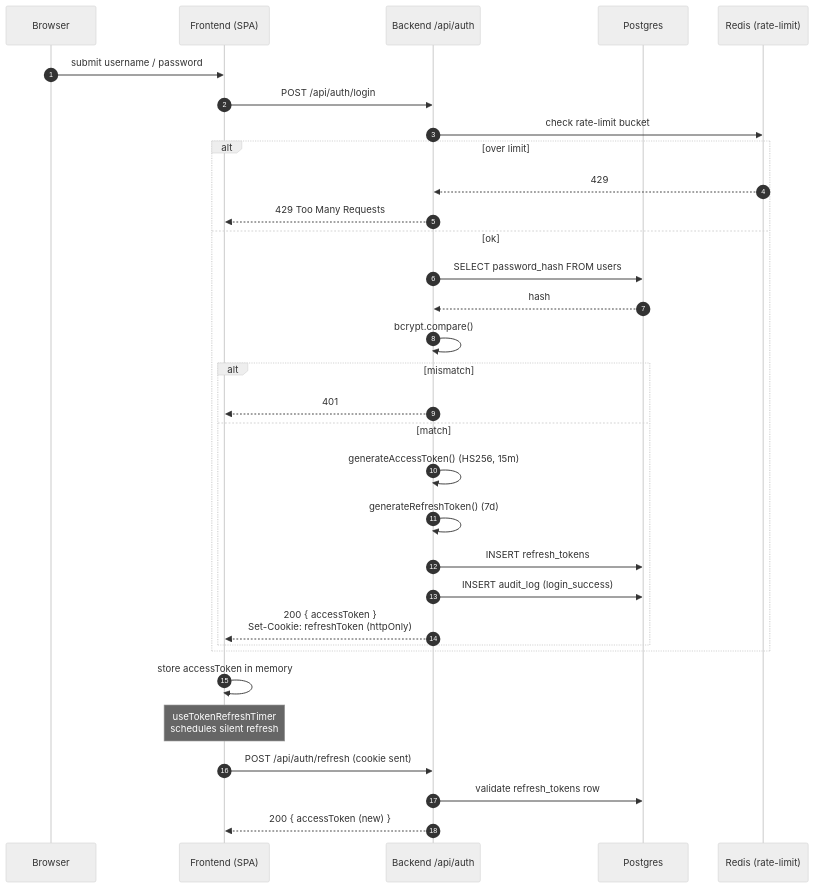
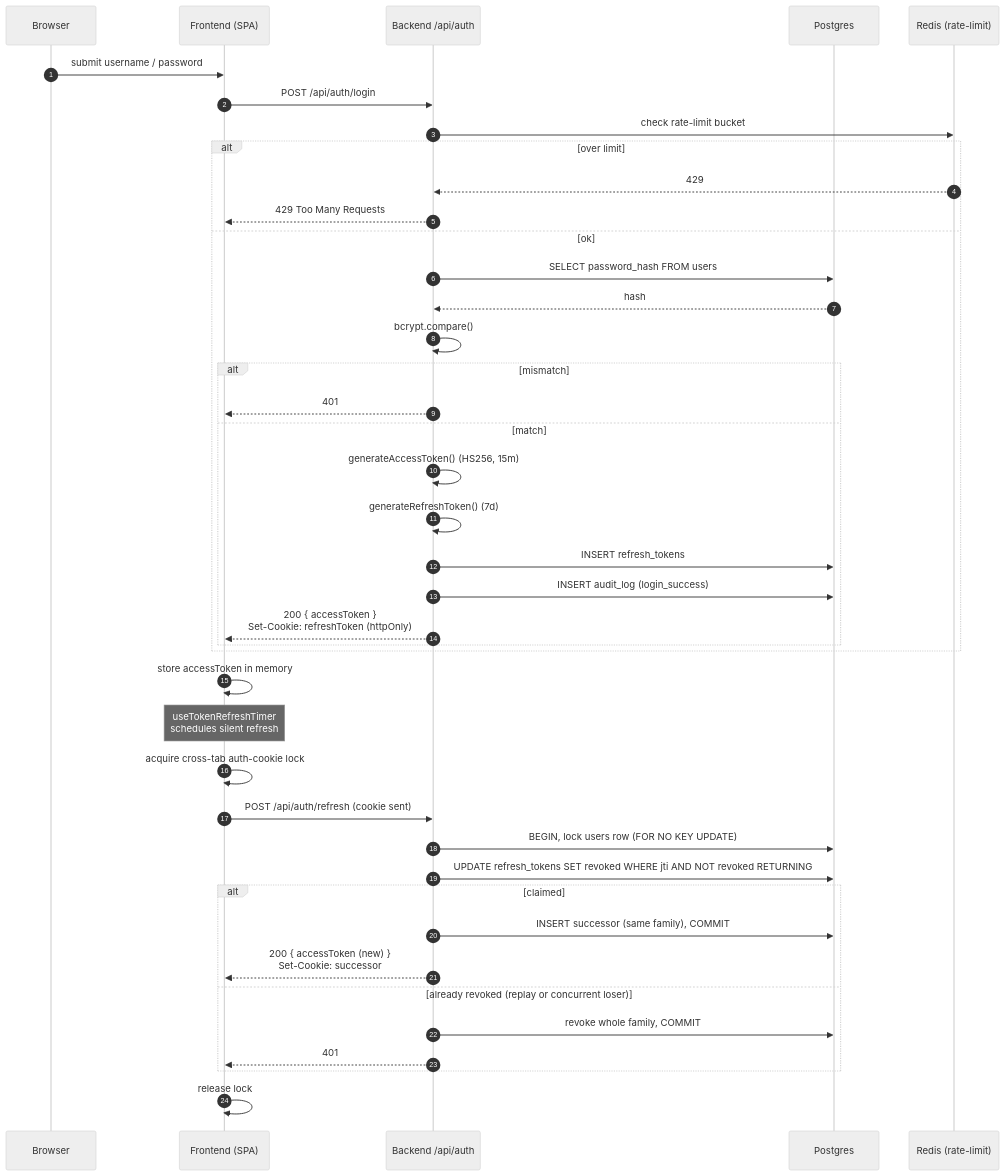
Before and after one commit to Compendiq/compendiq-ce: the first of 4 diagrams in docs/architecture/07-flow-auth.md, drawn with Mermaid (neutral theme). The commit also changed other lines of this file and 3 other files, not shown here.

Commit message:
docs(auth): document single-use rotation and cross-tab cookie lock

````diff
--- a/docs/architecture/07-flow-auth.md
+++ b/docs/architecture/07-flow-auth.md
@@ -11,36 +11,45 @@
 ```mermaid
 sequenceDiagram
     autonumber
     participant B as Browser
     participant FE as Frontend (SPA)
     participant BE as Backend /api/auth
     participant DB as Postgres
     participant RL as Redis (rate-limit)
 
     B->>FE: submit username / password
     FE->>BE: POST /api/auth/login
     BE->>RL: check rate-limit bucket
     alt over limit
         RL-->>BE: 429
         BE-->>FE: 429 Too Many Requests
     else ok
         BE->>DB: SELECT password_hash FROM users
         DB-->>BE: hash
         BE->>BE: bcrypt.compare()
         alt mismatch
             BE-->>FE: 401
         else match
             BE->>BE: generateAccessToken() (HS256, 15m)
             BE->>BE: generateRefreshToken() (7d)
             BE->>DB: INSERT refresh_tokens
             BE->>DB: INSERT audit_log (login_success)
             BE-->>FE: 200 { accessToken }<br/>Set-Cookie: refreshToken (httpOnly)
         end
     end
 
     FE->>FE: store accessToken in memory
     Note over FE: useTokenRefreshTimer<br/>schedules silent refresh
+    FE->>FE: acquire cross-tab auth-cookie lock
     FE->>BE: POST /api/auth/refresh (cookie sent)
-    BE->>DB: validate refresh_tokens row
-    BE-->>FE: 200 { accessToken (new) }
+    BE->>DB: BEGIN, lock users row (FOR NO KEY UPDATE)
+    BE->>DB: UPDATE refresh_tokens SET revoked WHERE jti AND NOT revoked RETURNING
+    alt claimed
+        BE->>DB: INSERT successor (same family), COMMIT
+        BE-->>FE: 200 { accessToken (new) }<br/>Set-Cookie: successor
+    else already revoked (replay or concurrent loser)
+        BE->>DB: revoke whole family, COMMIT
+        BE-->>FE: 401
+    end
+    FE->>FE: release lock
 ```
````
